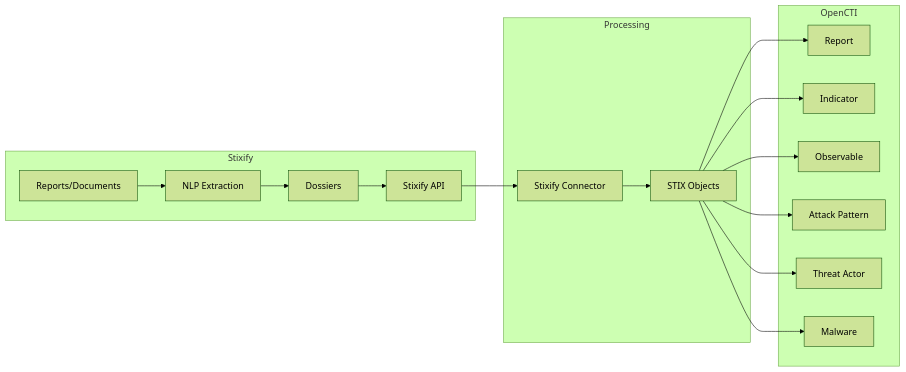
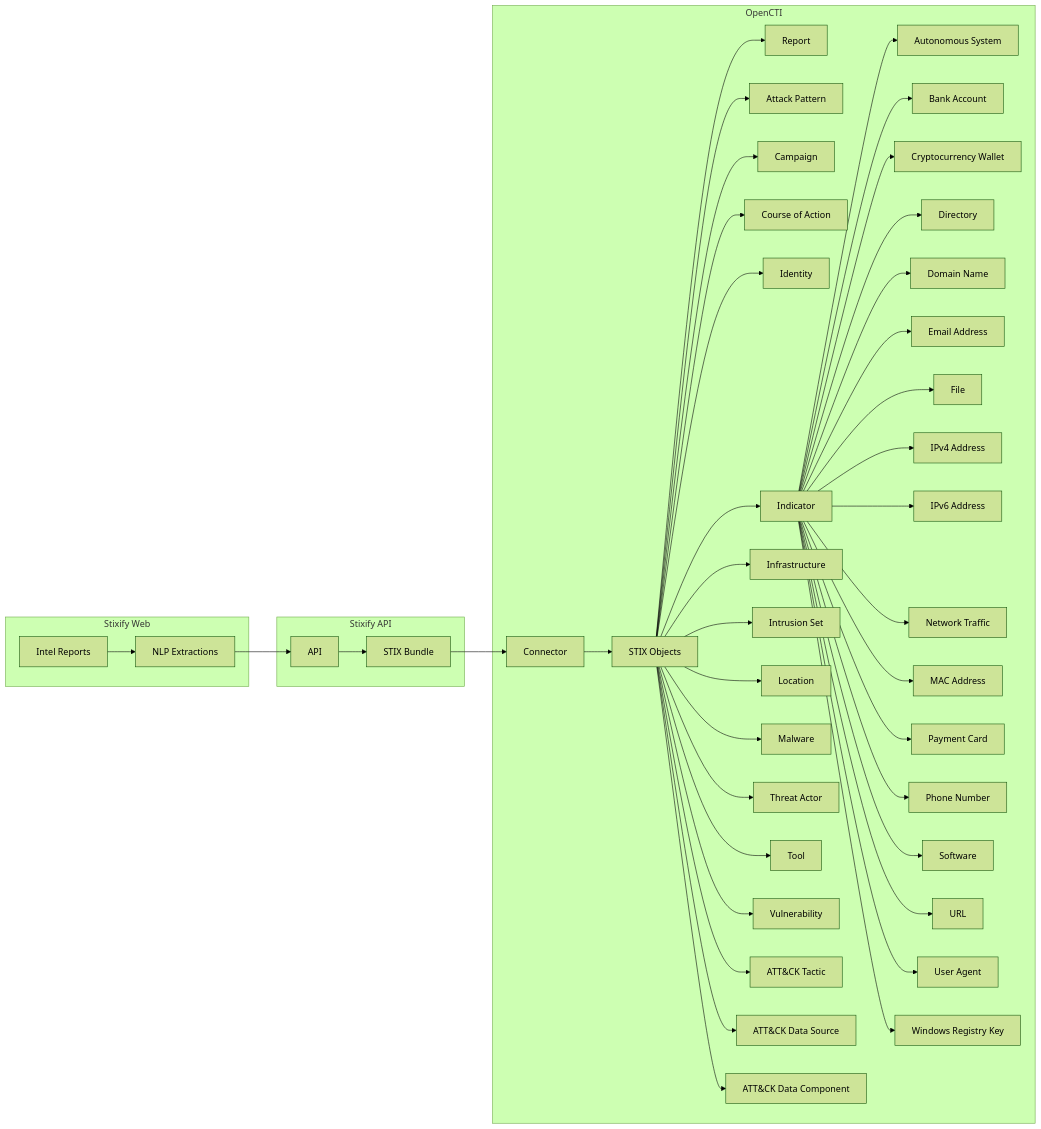
One commit to OpenCTI-Platform/connectors changed the diagram in external-import/dogesec-stixify/README.md. Above: the diagram before and after it, drawn with Mermaid (forest theme). The commit also changed other lines of this file and 20 other files, not shown here.

````diff
--- a/external-import/dogesec-stixify/README.md
+++ b/external-import/dogesec-stixify/README.md
@@ -125,27 +138,63 @@
 ```mermaid
 graph LR
-    subgraph Stixify
-        Reports[Reports/Documents]
-        API[Stixify API]
-        NLP[NLP Extraction]
-        Dossiers[Dossiers]
+    %% Box 1: Stixify Web
+    subgraph Stixify_Web["Stixify Web"]
+        Reports[Intel Reports]
+        NLP[NLP Extractions]
+        Reports --> NLP
+    end
+
+    %% Box 2: Stixify API
+    subgraph Stixify_API["Stixify API"]
+        API[API]
+        Bundle[STIX Bundle]
+        API --> Bundle
     end
     
-    Reports --> NLP
-    NLP --> Dossiers
-    Dossiers --> API
-    
-    subgraph Processing
-        API --> Connector[Stixify Connector]
-        Connector --> STIX[STIX Objects]
+    %% Box 3: OpenCTI
+    subgraph OpenCTI["OpenCTI"]
+        Connector[Connector]
+        STIX[STIX Objects]
+
+        Connector --> STIX
+        STIX --> report[Report]
+        STIX --> attack-pattern[Attack Pattern]
+        STIX --> campaign[Campaign]
+        STIX --> course-of-action[Course of Action]
+        STIX --> identity[Identity]
+        STIX --> indicator[Indicator]
+        STIX --> infrastructure[Infrastructure]
+        STIX --> intrusion-set[Intrusion Set]
+        STIX --> location[Location]
+        STIX --> malware[Malware]
+        STIX --> threat-actor[Threat Actor]
+        STIX --> tool[Tool]
+        STIX --> vulnerability[Vulnerability]
+        STIX --> x-mitre-tactic[ATT&CK Tactic]
+        STIX --> x-mitre-data-source[ATT&CK Data Source]
+        STIX --> x-mitre-data-component[ATT&CK Data Component]
+
+        indicator --> autonomous-system[Autonomous System]
+        indicator --> bank-account[Bank Account]
+        indicator --> cryptocurrency-wallet[Cryptocurrency Wallet]
+        indicator --> directory[Directory]
+        indicator --> domain-name[Domain Name]
+        indicator --> email-addr[Email Address]
+        indicator --> file[File]
+        indicator --> ipv4-addr[IPv4 Address]
+        indicator --> ipv6-addr[IPv6 Address]
+        indicator --> network-traffic[Network Traffic]
+        indicator --> mac-addr[MAC Address]
+        indicator --> payment-card[Payment Card]
+        indicator --> phone-number[Phone Number]
+        indicator --> software[Software]
+        indicator --> url[URL]
+        indicator --> user-agent[User Agent]
+        indicator --> windows-registry-key[Windows Registry Key]
     end
-    
-    subgraph OpenCTI
-        STIX --> Report[Report]
-        STIX --> Indicator[Indicator]
-        STIX --> Observable[Observable]
-        STIX --> AttackPattern[Attack Pattern]
-        STIX --> ThreatActor[Threat Actor]
-        STIX --> Malware[Malware]
-    end
+
+    %% Cross-section flow
+    NLP --> API
+    Bundle --> Connector
+
 ```
````
